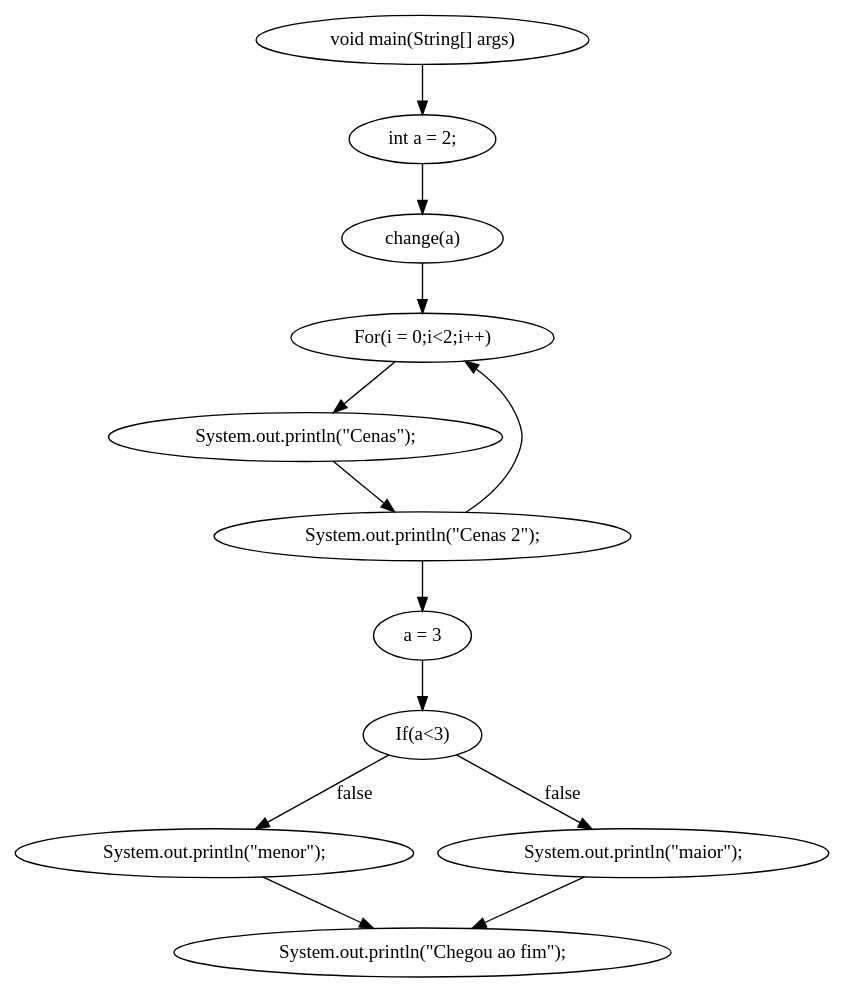
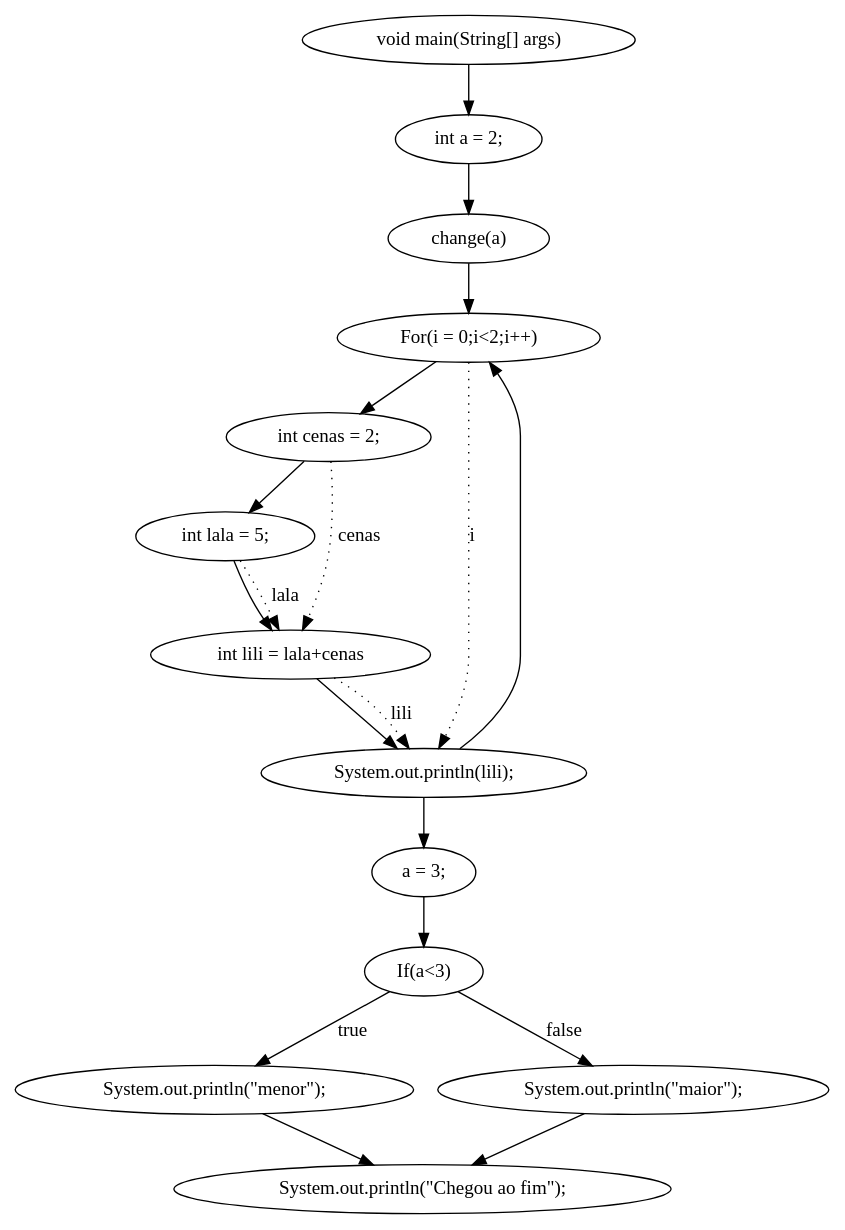
One commit to joaocarduarte/COMP changed the diagram in dotfile.dot. Above: the diagram before and after it, drawn with Graphviz. The commit also changed 11 other files, not shown here.

```diff
--- a/dotfile.dot
+++ b/dotfile.dot
@@ -1,10 +1,14 @@
 digraph graphname{
 "void main(String[] args)" -> "int a = 2;" -> "change(a) " -> "For(i = 0;i<2;i++)"
-"For(i = 0;i<2;i++)" -> "System.out.println(\"Cenas\");" -> "System.out.println(\"Cenas 2\");" -> "a = 3"
-"System.out.println(\"Cenas 2\");" -> "For(i = 0;i<2;i++)"
-"a = 3" -> "If(a<3)"
-"If(a<3)" -> "System.out.println(\"menor\");"[label="false"]
+"For(i = 0;i<2;i++)" -> "int cenas = 2;" -> "int lala = 5;" -> "int lili = lala+cenas" -> "System.out.println(lili);" -> "a = 3;"
+"System.out.println(lili);" -> "For(i = 0;i<2;i++)"
+"For(i = 0;i<2;i++)" -> "System.out.println(lili);"[label="i" style="dotted"]
+"int lala = 5;" -> "int lili = lala+cenas"[label="lala" style="dotted"]
+"int lili = lala+cenas" -> "System.out.println(lili);"[label="lili" style="dotted"]
+"int cenas = 2;" -> "int lili = lala+cenas"[label="cenas" style="dotted"]
+"a = 3;" -> "If(a<3)"
+"If(a<3)" -> "System.out.println(\"menor\");"[label="true"]
 "System.out.println(\"menor\");" -> "System.out.println(\"Chegou ao fim\");"
 "If(a<3)" -> "System.out.println(\"maior\");"[label="false"]
 "System.out.println(\"maior\");" -> "System.out.println(\"Chegou ao fim\");"
 "System.out.println(\"Chegou ao fim\");"}
```
